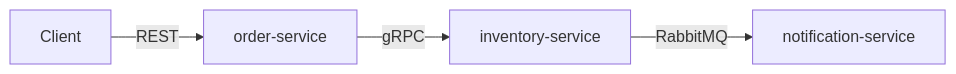
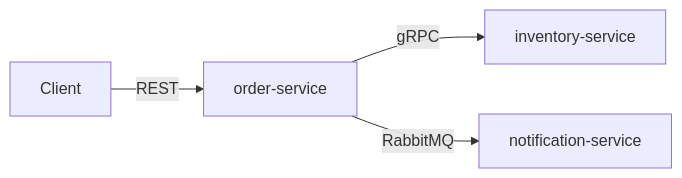
Before and after one commit to mojtaba-gheytasi/go-order-system-showcase: the first of 3 diagrams in ARCHITECTURE.md, drawn with Mermaid. The commit also changed other lines of this file and 1 other file, not shown here.

````diff
--- a/ARCHITECTURE.md
+++ b/ARCHITECTURE.md
@@ -21,6 +22,6 @@
 ```mermaid
 graph LR
     C[Client] -->|REST| O[order-service]
     O -->|gRPC| I[inventory-service]
-    I -->|RabbitMQ| N[notification-service]
+    O -->|RabbitMQ| N[notification-service]
 ```
````
